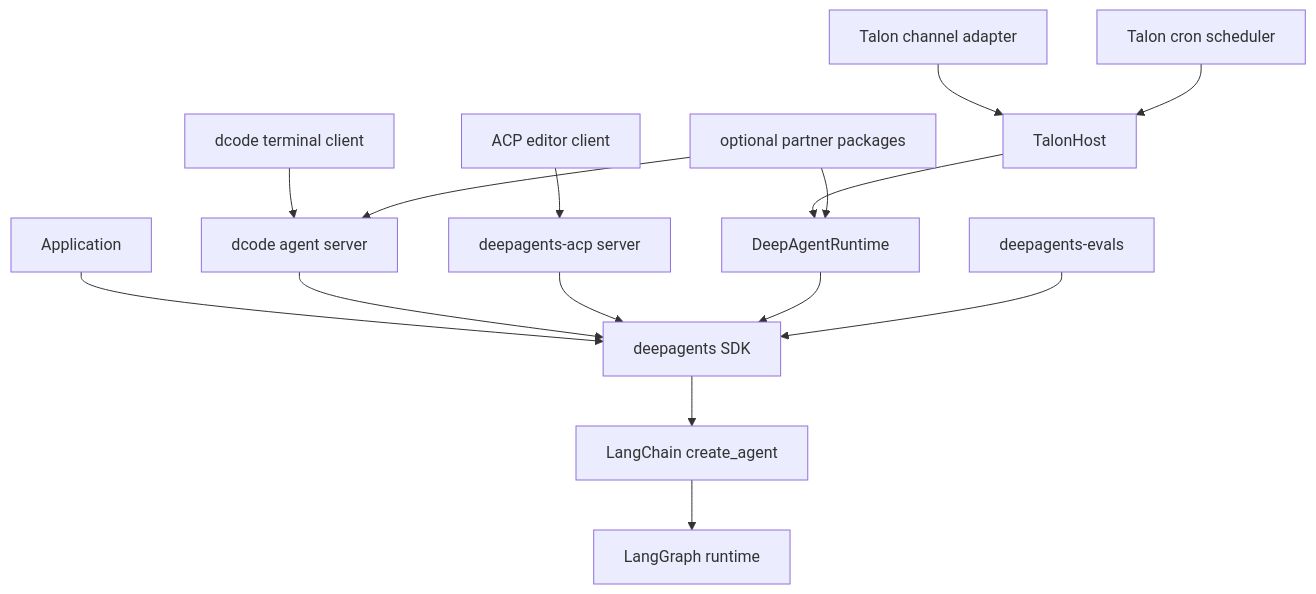
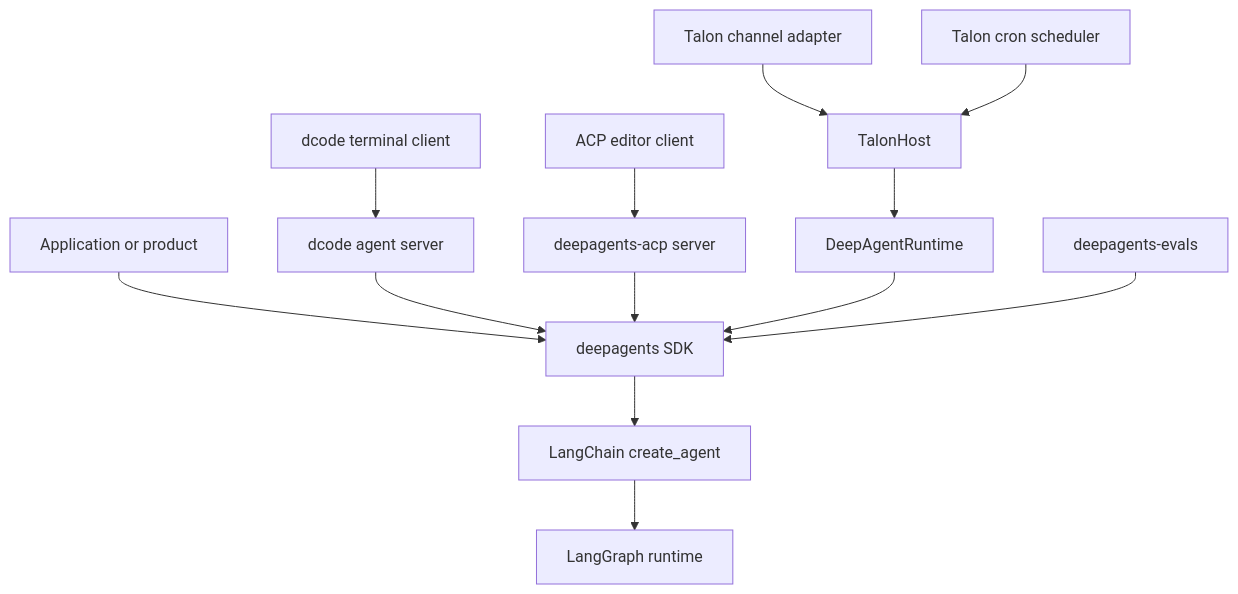
One commit to langchain-ai/deepagents changed the first of 2 diagrams in openwiki/architecture/overview.md. Above: the diagram before and after it, drawn with Mermaid. The commit also changed other lines of this file and 35 other files, not shown here.

````diff
--- a/openwiki/architecture/overview.md
+++ b/openwiki/architecture/overview.md
@@ -62,17 +82,15 @@
 ```mermaid
 flowchart TD
-  App["Application"] --> SDK["deepagents SDK"]
+  Product["Application or product"] --> SDK["deepagents SDK"]
   DcodeClient["dcode terminal client"] --> DcodeServer["dcode agent server"]
   DcodeServer --> SDK
   Editor["ACP editor client"] --> ACP["deepagents-acp server"]
   ACP --> SDK
   Channel["Talon channel adapter"] --> Host["TalonHost"]
   Scheduler["Talon cron scheduler"] --> Host
   Host --> Runtime["DeepAgentRuntime"]
   Runtime --> SDK
+  Evals["deepagents-evals"] --> SDK
   SDK --> LangChain["LangChain create_agent"]
   LangChain --> LangGraph["LangGraph runtime"]
-  Evals["deepagents-evals"] --> SDK
-  Partners["optional partner packages"] --> DcodeServer
-  Partners --> Runtime
 ```
````
